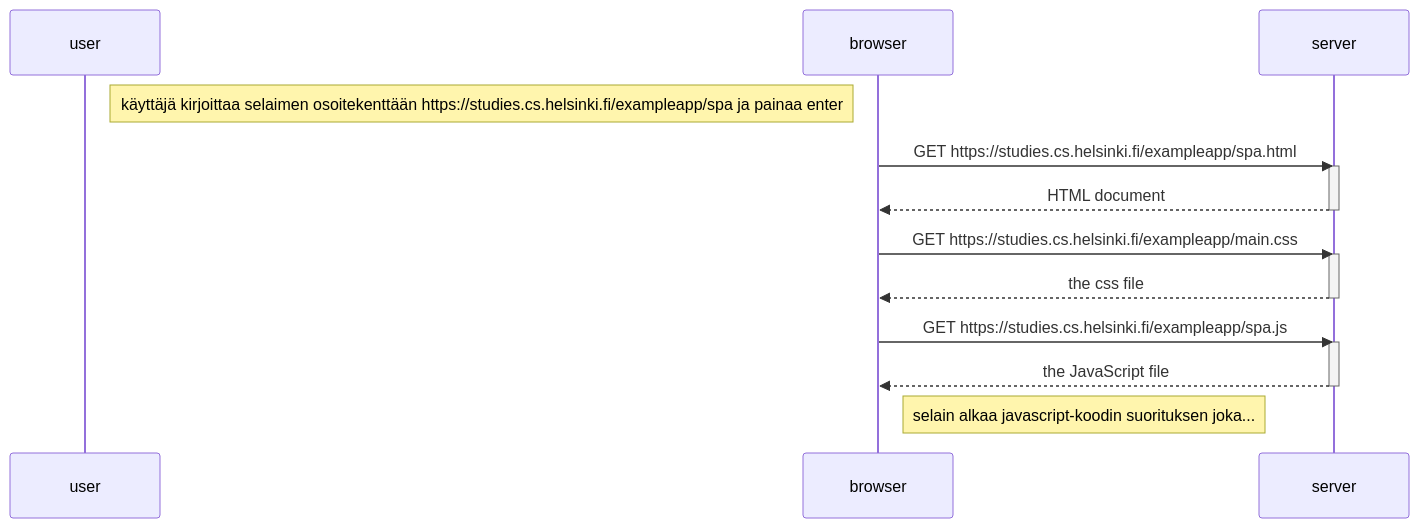
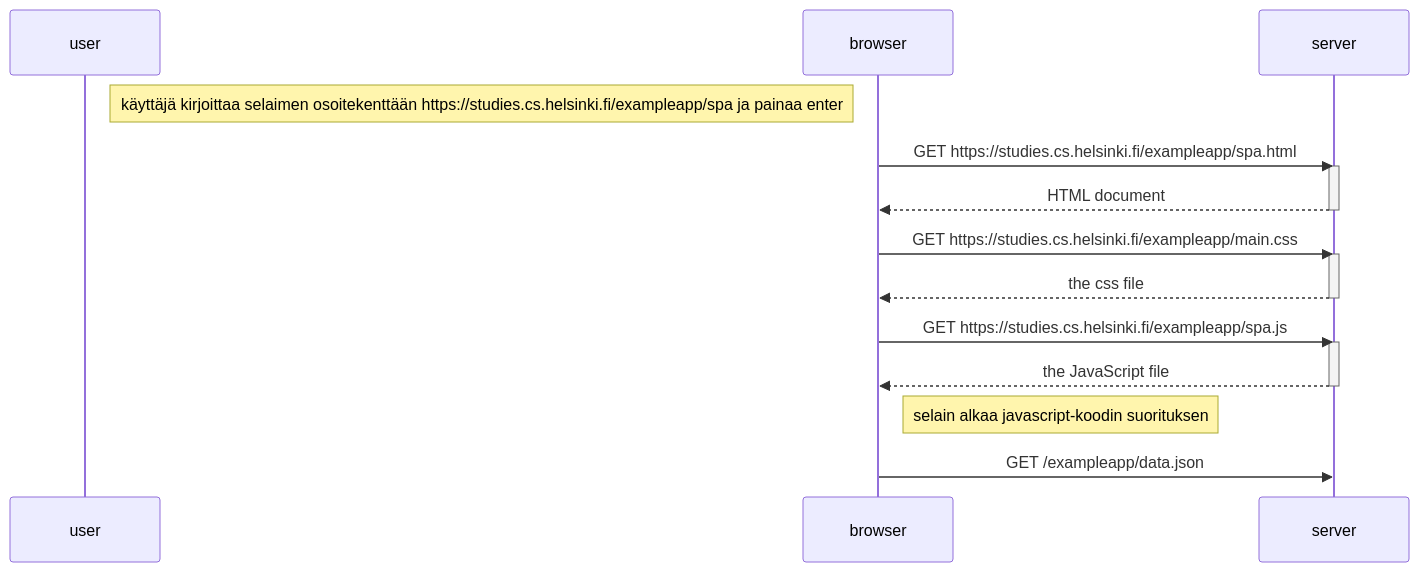
Before and after one commit to moocjsi/mooc-harj03: the diagram in mermaid-test7.md, drawn with Mermaid.

````diff
--- a/mermaid-test7.md
+++ b/mermaid-test7.md
@@ -2,26 +2,28 @@
 ```mermaid
 sequenceDiagram
     participant user
     participant browser
     participant server
 
     Note right of user: käyttäjä kirjoittaa selaimen osoitekenttään https://studies.cs.helsinki.fi/exampleapp/spa ja painaa enter
     
     browser->>server: GET https://studies.cs.helsinki.fi/exampleapp/spa.html
     activate server
     server-->>browser: HTML document
     deactivate server
 
     browser->>server: GET https://studies.cs.helsinki.fi/exampleapp/main.css
     activate server
     server-->>browser: the css file
     deactivate server
 
     browser->>server: GET https://studies.cs.helsinki.fi/exampleapp/spa.js
     activate server
     server-->>browser: the JavaScript file
     deactivate server
 
-    Note right of browser: selain alkaa  javascript-koodin suorituksen joka...
+    Note right of browser: selain alkaa  javascript-koodin suorituksen
+
+    browser->>server: GET /exampleapp/data.json
 
 ```
````
